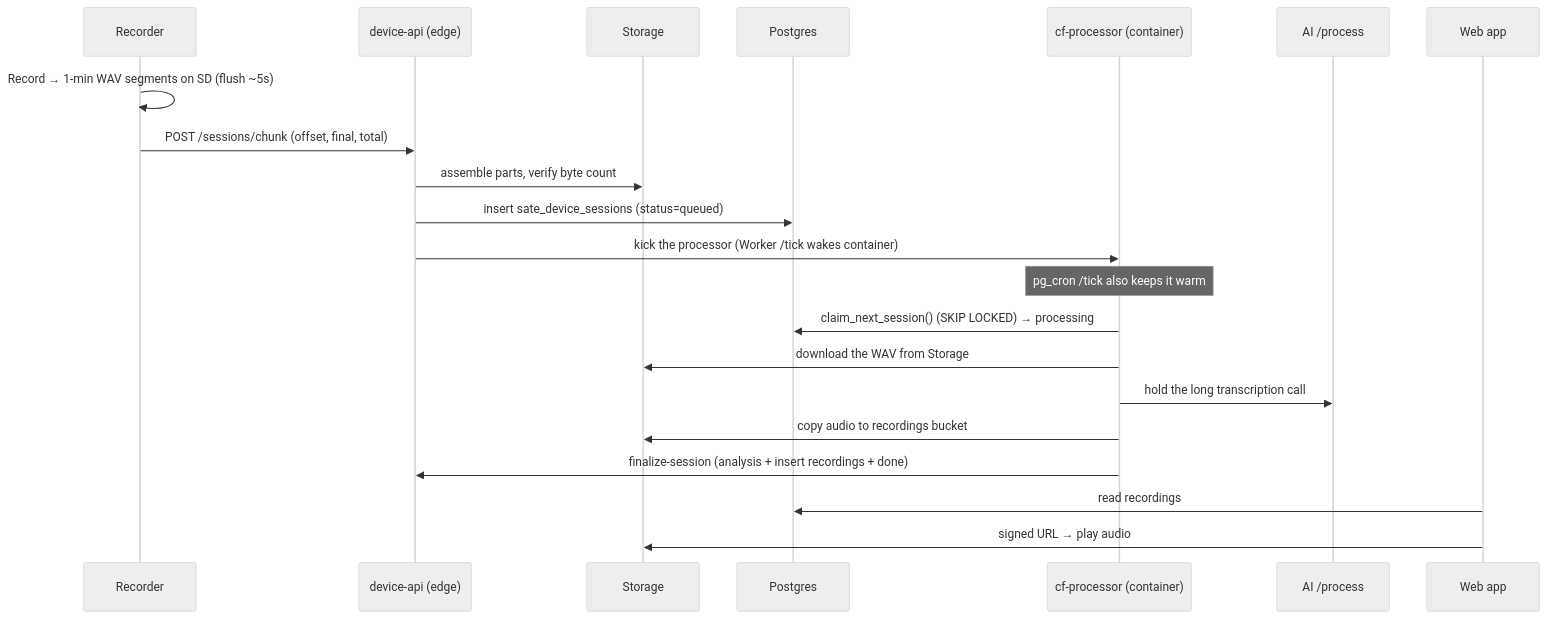
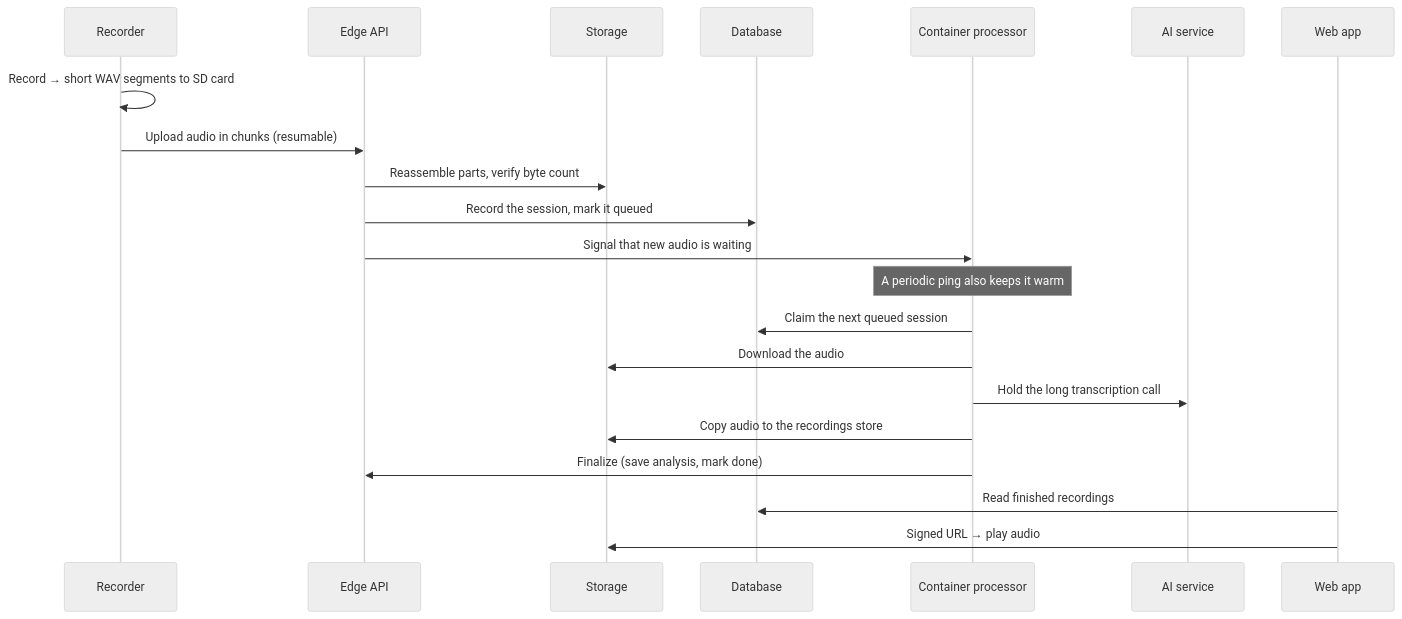
One commit to Longcao24/sate-companion changed the first of 3 diagrams in docs-site/docs/architecture.md. Above: the diagram before and after it, drawn with Mermaid (neutral theme). The commit also changed other lines of this file and 17 other files, not shown here.

First line of the commit message:
docs-site: generalize published docs + add system-overview diagram

````diff
--- a/docs-site/docs/architecture.md
+++ b/docs-site/docs/architecture.md
@@ -19,24 +24,24 @@
 ```mermaid
 sequenceDiagram
   participant D as Recorder
-  participant API as device-api (edge)
+  participant API as Edge API
   participant S as Storage
-  participant DB as Postgres
-  participant P as cf-processor (container)
-  participant AI as AI /process
+  participant DB as Database
+  participant P as Container processor
+  participant AI as AI service
   participant W as Web app
 
-  D->>D: Record → 1-min WAV segments on SD (flush ~5s)
-  D->>API: POST /sessions/chunk (offset, final, total)
-  API->>S: assemble parts, verify byte count
-  API->>DB: insert sate_device_sessions (status=queued)
-  API->>P: kick the processor (Worker /tick wakes container)
-  Note over P: pg_cron /tick also keeps it warm
-  P->>DB: claim_next_session() (SKIP LOCKED) → processing
-  P->>S: download the WAV from Storage
-  P->>AI: hold the long transcription call
-  P->>S: copy audio to recordings bucket
-  P->>API: finalize-session (analysis + insert recordings + done)
-  W->>DB: read recordings
-  W->>S: signed URL → play audio
+  D->>D: Record → short WAV segments to SD card
+  D->>API: Upload audio in chunks (resumable)
+  API->>S: Reassemble parts, verify byte count
+  API->>DB: Record the session, mark it queued
+  API->>P: Signal that new audio is waiting
+  Note over P: A periodic ping also keeps it warm
+  P->>DB: Claim the next queued session
+  P->>S: Download the audio
+  P->>AI: Hold the long transcription call
+  P->>S: Copy audio to the recordings store
+  P->>API: Finalize (save analysis, mark done)
+  W->>DB: Read finished recordings
+  W->>S: Signed URL → play audio
 ```
````
